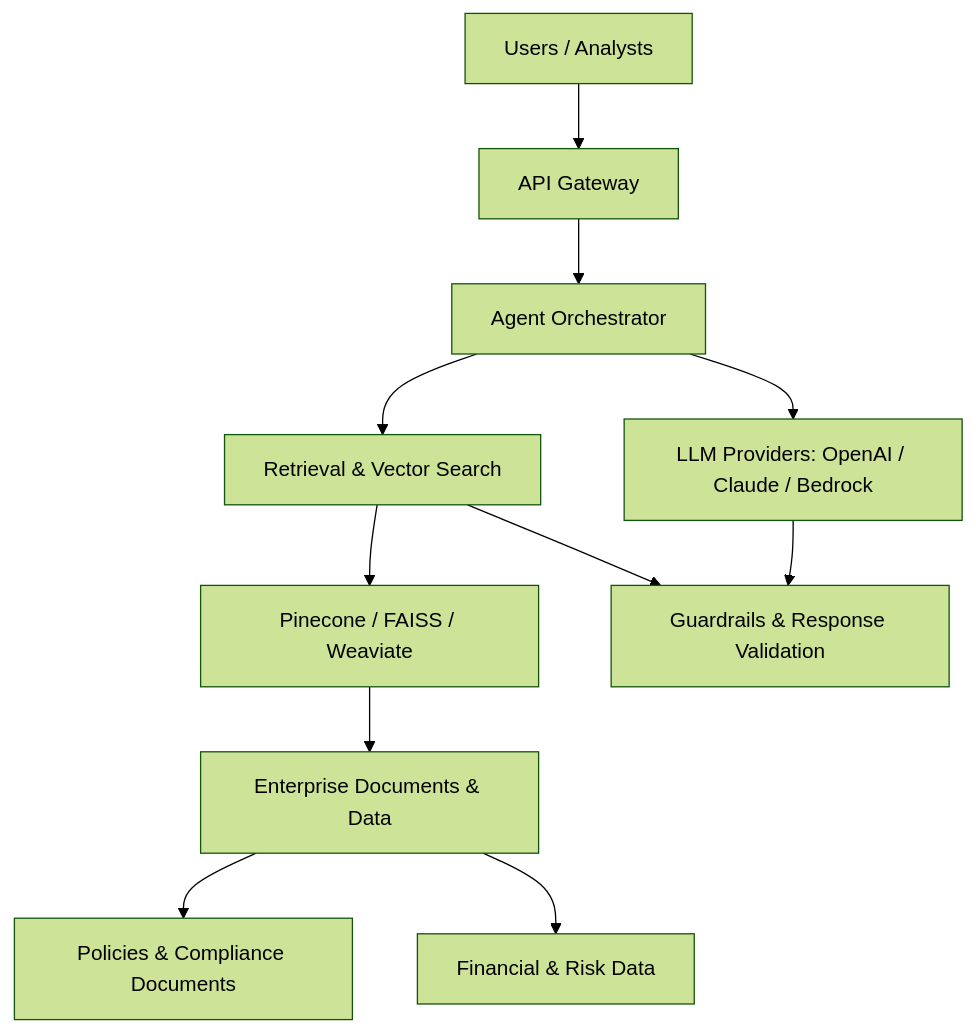
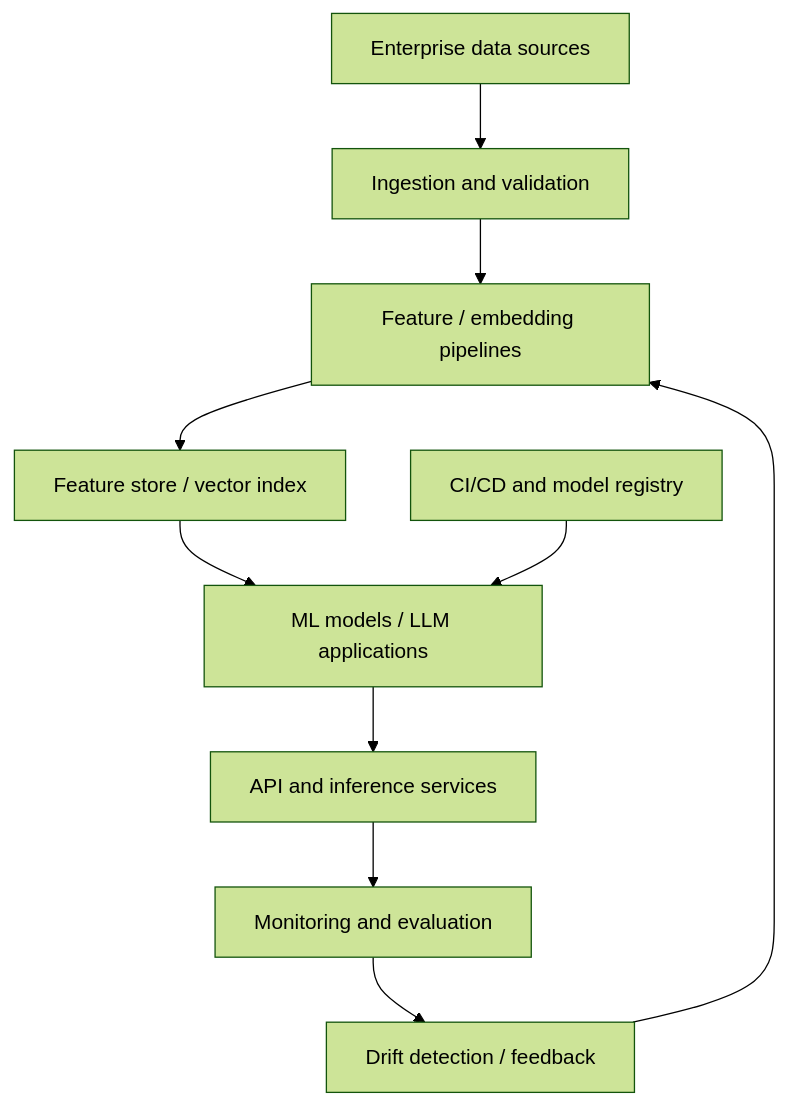
Before and after one commit to divyanarayana190/divyanarayana190: the first of 5 diagrams in README.md, drawn with Mermaid (forest theme). The commit also changed other lines of this file, not shown here.

````diff
--- a/README.md
+++ b/README.md
@@ -57,13 +111,12 @@
 ```mermaid
 flowchart TD
-    U[Users / Analysts] --> API[API Gateway]
-    API --> O[Agent Orchestrator]
-    O --> L[LLM Providers: OpenAI / Claude / Bedrock]
-    O --> R[Retrieval & Vector Search]
-    R --> V[Pinecone / FAISS / Weaviate]
-    V --> D[Enterprise Documents & Data]
-    D --> C[Policies & Compliance Documents]
-    D --> F[Financial & Risk Data]
-    L --> G[Guardrails & Response Validation]
-    R --> G
+    A[Enterprise data sources] --> B[Ingestion and validation]
+    B --> C[Feature / embedding pipelines]
+    C --> D[Feature store / vector index]
+    D --> E[ML models / LLM applications]
+    E --> F[API and inference services]
+    F --> G[Monitoring and evaluation]
+    G --> H[Drift detection / feedback]
+    H --> C
+    I[CI/CD and model registry] --> E
 ```
````
